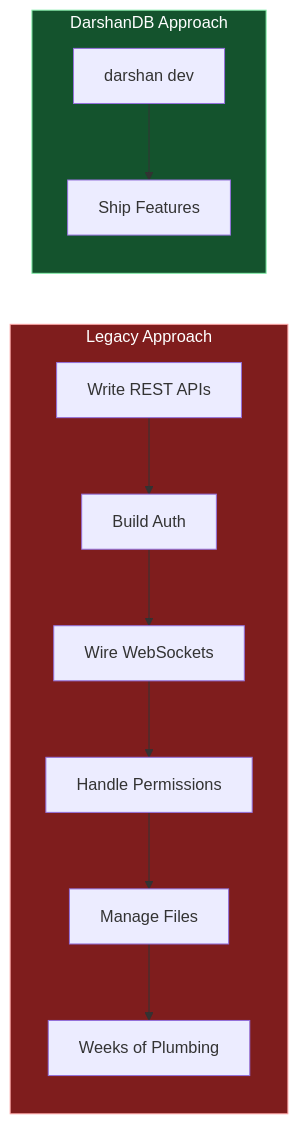
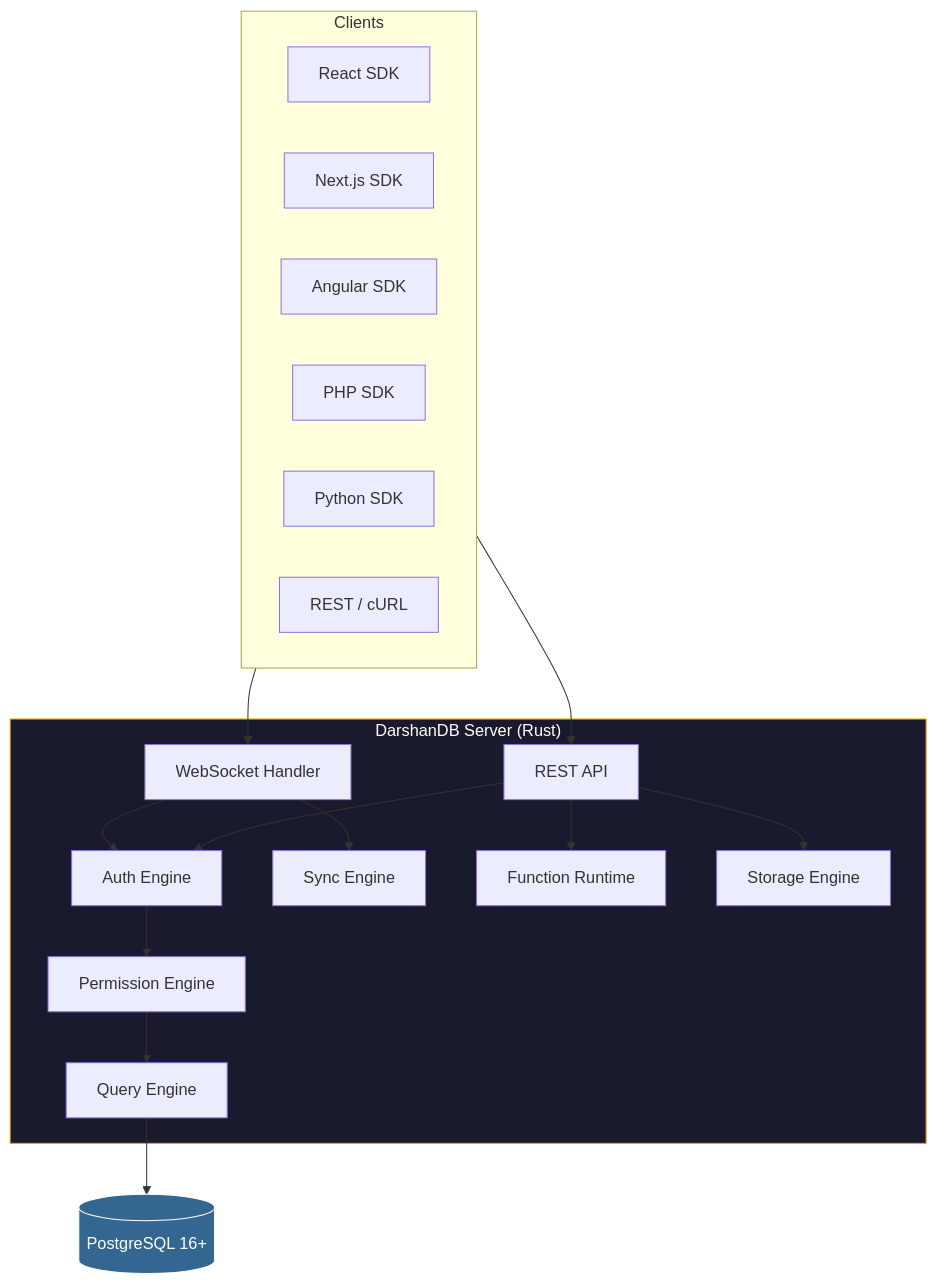
Before and after one commit to darshjme/darshjdb: the diagram in README.md, drawn with Mermaid. The commit also changed other lines of this file, not shown here.

````diff
--- a/README.md
+++ b/README.md
@@ -61,17 +58,33 @@
 ```mermaid
-graph LR
-    subgraph Legacy["Legacy Approach"]
-        L1["Write REST APIs"] --> L2["Build Auth"]
-        L2 --> L3["Wire WebSockets"]
-        L3 --> L4["Handle Permissions"]
-        L4 --> L5["Manage Files"]
-        L5 --> L6["Weeks of Plumbing"]
+graph TB
+    subgraph Clients
+        React["React SDK"]
+        Next["Next.js SDK"]
+        Angular["Angular SDK"]
+        PHP["PHP SDK"]
+        Python["Python SDK"]
+        REST["REST / cURL"]
     end
 
-    subgraph DarshanDB["DarshanDB Approach"]
-        D1["darshan dev"] --> D2["Ship Features"]
+    subgraph Server["DarshanDB Server (Rust)"]
+        WS["WebSocket Handler"]
+        API["REST API"]
+        QE["Query Engine"]
+        Auth["Auth Engine"]
+        Perm["Permission Engine"]
+        Sync["Sync Engine"]
+        Fn["Function Runtime"]
+        Store["Storage Engine"]
     end
 
-    style Legacy fill:#7f1d1d,stroke:#fca5a5,color:#fff
-    style DarshanDB fill:#14532d,stroke:#86efac,color:#fff
+    PG[("PostgreSQL 16+")]
+
+    Clients --> WS & API
+    WS & API --> Auth --> Perm
+    Perm --> QE --> PG
+    WS --> Sync
+    API --> Fn & Store
+
+    style Server fill:#1a1a2e,stroke:#F59E0B,color:#fff
+    style PG fill:#336791,stroke:#fff,color:#fff
 ```
````
